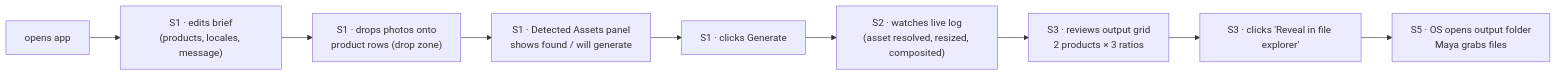
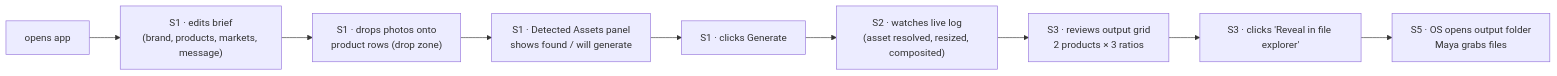
One commit to arndvs/cast changed the second of 6 diagrams in docs/flow-diagrams.md. Above: the diagram before and after it, drawn with Mermaid. The commit also changed other lines of this file and 4 other files, not shown here.

First line of the commit message:
feat(docs): lock brief schema with brand field, ratio picker, markets typeahead

````diff
--- a/docs/flow-diagrams.md
+++ b/docs/flow-diagrams.md
@@ -96,11 +96,11 @@
 ```mermaid
 flowchart LR
-    A[opens app] --> B["S1 · edits brief<br/>(products, locales, message)"]
+    A[opens app] --> B["S1 · edits brief<br/>(brand, products, markets, message)"]
     B --> C["S1 · drops photos onto<br/>product rows (drop zone)"]
     C --> D["S1 · Detected Assets panel<br/>shows found / will generate"]
     D --> E["S1 · clicks Generate"]
     E --> F["S2 · watches live log<br/>(asset resolved, resized, composited)"]
     F --> G["S3 · reviews output grid<br/>2 products × 3 ratios"]
     G --> H["S3 · clicks 'Reveal in file explorer'"]
     H --> I["S5 · OS opens output folder<br/>Maya grabs files"]
 ```
````
